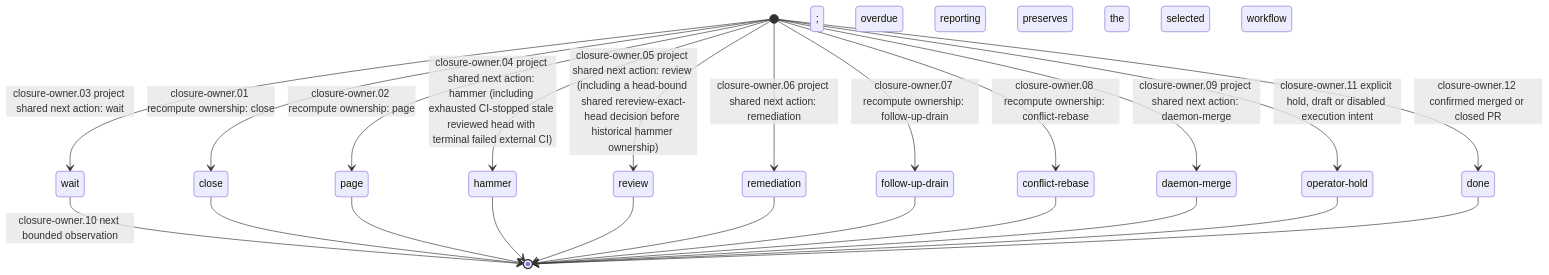
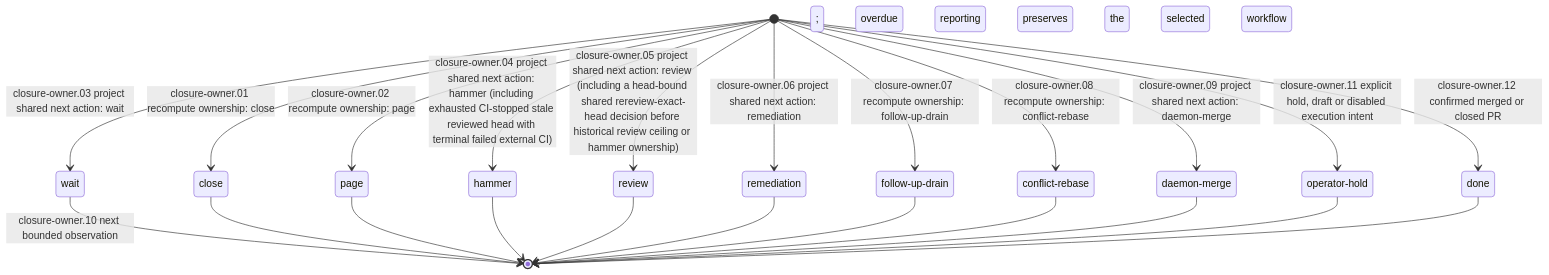
The fifth of 6 diagrams in README.md (laceyenterprises/adversarial-review), drawn with Mermaid before and after one commit. The commit also changed other lines of this file and 11 other files, not shown here.

First line of the commit message:
Fix exact-head review precedence and restore routing coverage

````diff
--- a/README.md
+++ b/README.md
@@ -1907,36 +1908,36 @@
 ```mermaid
 stateDiagram-v2
     state "close" as s0
     state "page" as s1
     state "wait" as s2
     state "hammer" as s3
     state "review" as s4
     state "remediation" as s5
     state "follow-up-drain" as s6
     state "conflict-rebase" as s7
     state "daemon-merge" as s8
     state "operator-hold" as s9
     state "done" as s10
     [*] --> s0: closure-owner.01 recompute ownership: close
     [*] --> s1: closure-owner.02 recompute ownership: page
     [*] --> s2: closure-owner.03 project shared next action: wait
     [*] --> s3: closure-owner.04 project shared next action: hammer (including exhausted CI-stopped stale reviewed head with terminal failed external CI)
-    [*] --> s4: closure-owner.05 project shared next action: review (including a head-bound shared rereview-exact-head decision before historical hammer ownership)
+    [*] --> s4: closure-owner.05 project shared next action: review (including a head-bound shared rereview-exact-head decision before historical review ceiling or hammer ownership)
     [*] --> s5: closure-owner.06 project shared next action: remediation
     [*] --> s6: closure-owner.07 recompute ownership: follow-up-drain
     [*] --> s7: closure-owner.08 recompute ownership: conflict-rebase
     [*] --> s8: closure-owner.09 project shared next action: daemon-merge
     s2 --> [*]: closure-owner.10 next bounded observation; overdue reporting preserves the selected workflow
     [*] --> s9: closure-owner.11 explicit hold, draft or disabled execution intent
     [*] --> s10: closure-owner.12 confirmed merged or closed PR
     s0 --> [*]
     s1 --> [*]
     s3 --> [*]
     s4 --> [*]
     s5 --> [*]
     s6 --> [*]
     s7 --> [*]
     s8 --> [*]
     s9 --> [*]
     s10 --> [*]
 ```
````
